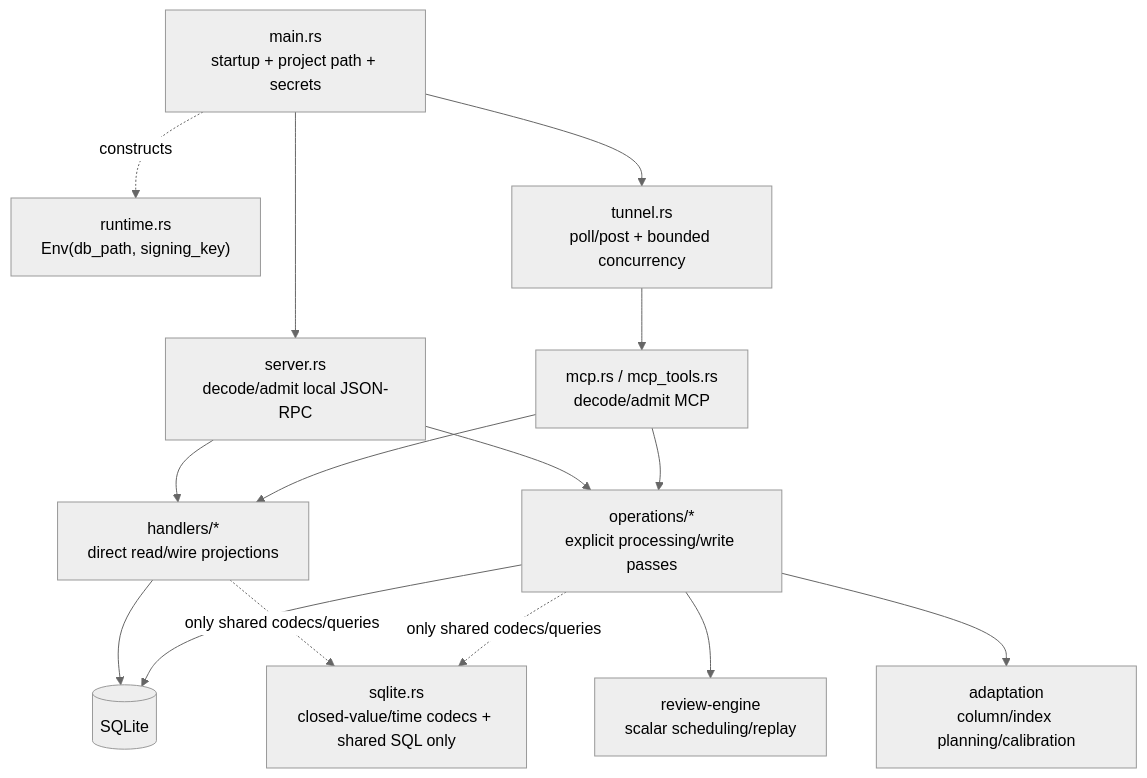
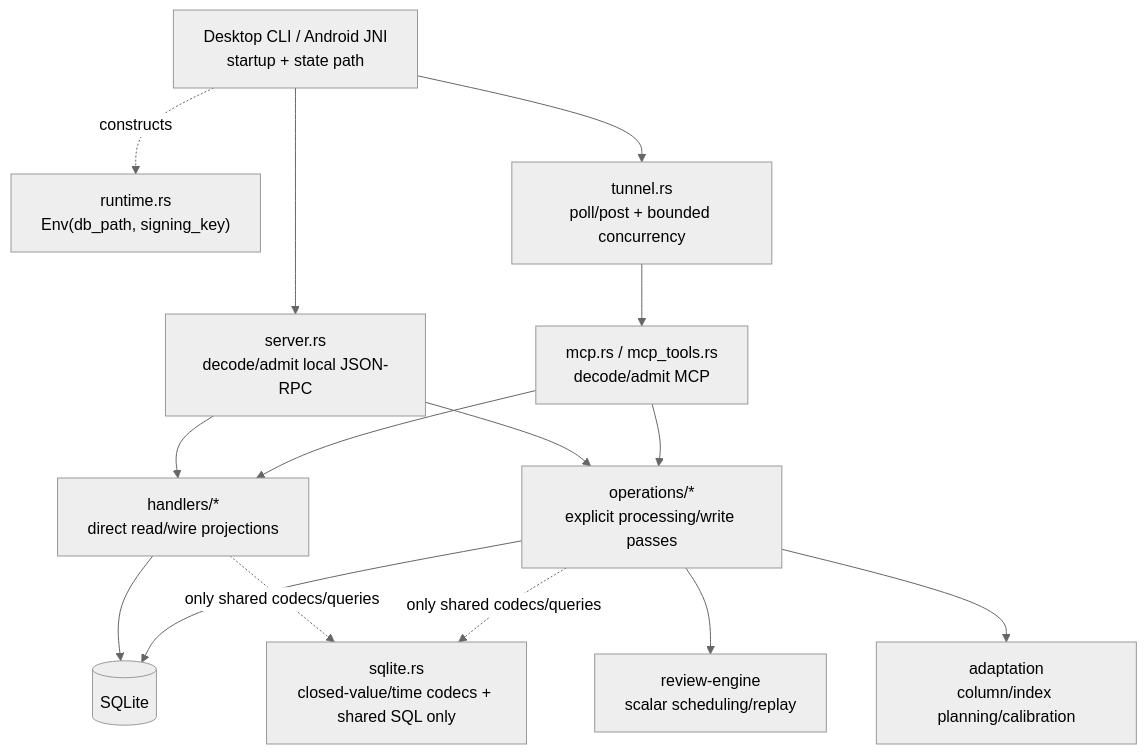
Before and after one commit to agredyaev/lingua-tutor: the third of 4 diagrams in docs/dod-preflight.md, drawn with Mermaid (neutral theme). The commit also changed other lines of this file and 14 other files, not shown here.

````diff
--- a/docs/dod-preflight.md
+++ b/docs/dod-preflight.md
@@ -95,29 +92,29 @@
 ```mermaid
 flowchart TD
-  Main["main.rs\nstartup + project path + secrets"]
+  Main["Desktop CLI / Android JNI\nstartup + state path"]
   Env["runtime.rs\nEnv(db_path, signing_key)"]
   Server["server.rs\ndecode/admit local JSON-RPC"]
   Tunnel["tunnel.rs\npoll/post + bounded concurrency"]
   MCP["mcp.rs / mcp_tools.rs\ndecode/admit MCP"]
   Reads["handlers/*\ndirect read/wire projections"]
   Passes["operations/*\nexplicit processing/write passes"]
   Sqlite["sqlite.rs\nclosed-value/time codecs + shared SQL only"]
   DB[("SQLite")]
   Review["review-engine\nscalar scheduling/replay"]
   Adapt["adaptation\ncolumn/index planning/calibration"]
 
   Main -. constructs .-> Env
   Main --> Server
   Main --> Tunnel
   Tunnel --> MCP
   Server --> Reads
   Server --> Passes
   MCP --> Reads
   MCP --> Passes
   Reads --> DB
   Passes --> DB
   Reads -. only shared codecs/queries .-> Sqlite
   Passes -. only shared codecs/queries .-> Sqlite
   Passes --> Review
   Passes --> Adapt
 ```
````
